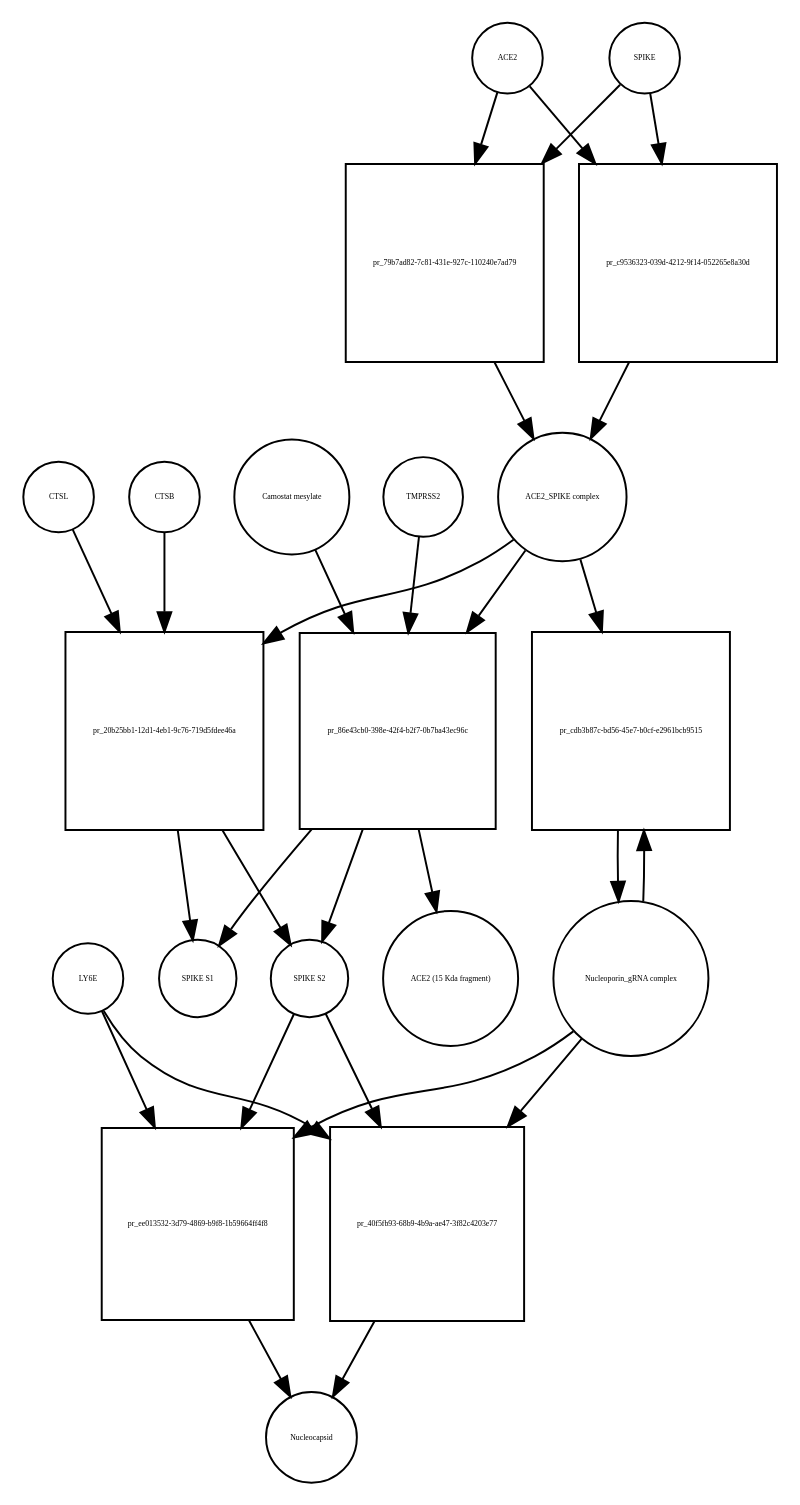
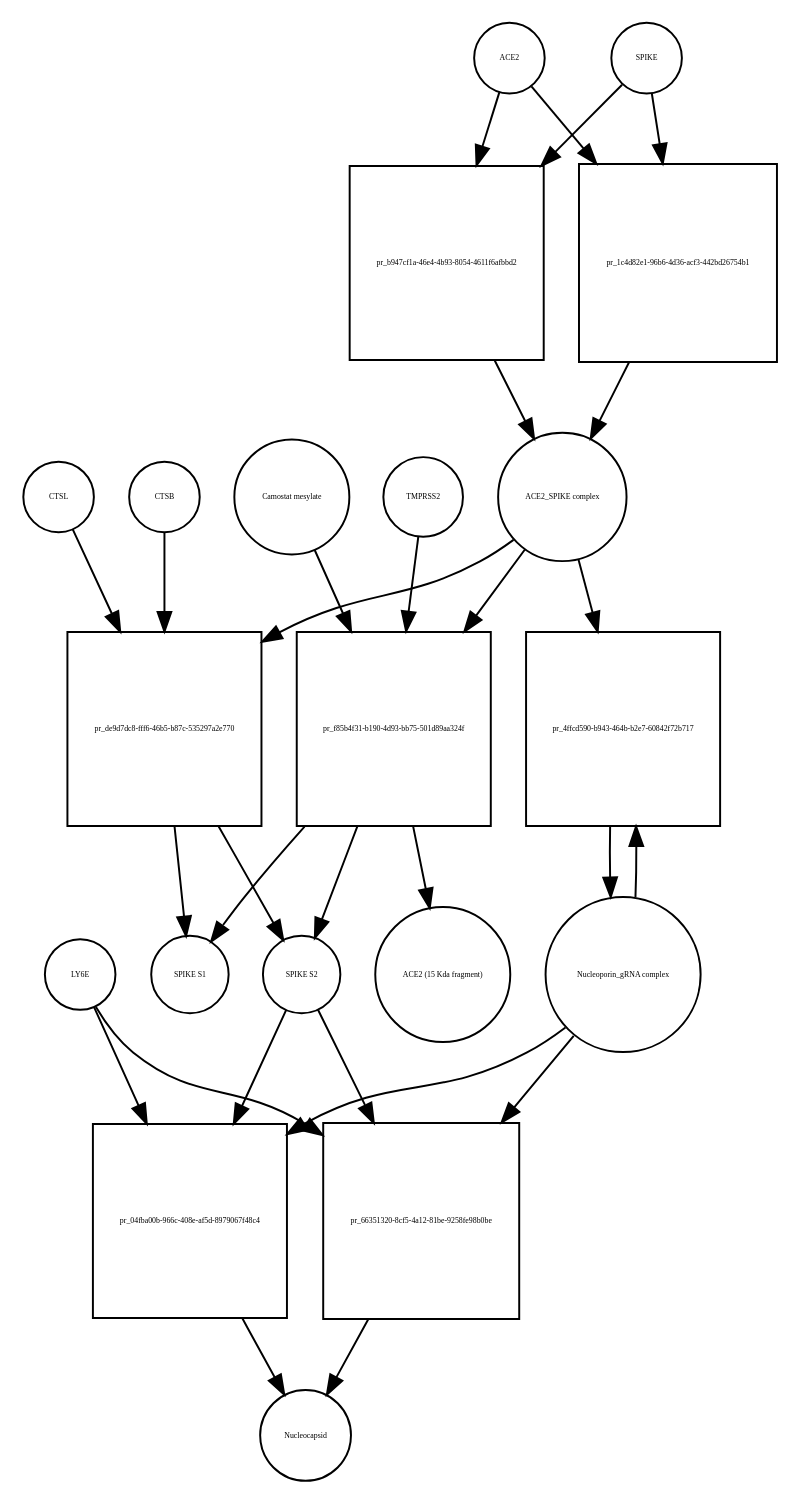
The diagram in Virus_replication_cycle_V01.xml_bipartite.dot (cannin/covid19-sbgn), drawn with Graphviz before and after one commit. The commit also changed 572 other files, not shown here.

```diff
--- a/Virus_replication_cycle_V01.xml_bipartite.dot
+++ b/Virus_replication_cycle_V01.xml_bipartite.dot
@@ -1,50 +1,50 @@
 strict digraph  {
 ACE2 [annotation="", bipartite=0, cls=macromolecule, fontsize=4, label=ACE2, shape=circle];
-"pr_79b7ad82-7c81-431e-927c-110240e7ad79" [annotation="", bipartite=1, cls=process, fontsize=4, label="pr_79b7ad82-7c81-431e-927c-110240e7ad79", shape=square];
+"pr_b947cf1a-46e4-4b93-8054-4611f6afbbd2" [annotation="", bipartite=1, cls=process, fontsize=4, label="pr_b947cf1a-46e4-4b93-8054-4611f6afbbd2", shape=square];
 "ACE2_SPIKE complex" [annotation="", bipartite=0, cls=complex, fontsize=4, label="ACE2_SPIKE complex", shape=circle];
 SPIKE [annotation="", bipartite=0, cls="macromolecule multimer", fontsize=4, label=SPIKE, shape=circle];
 "Nucleoporin_gRNA complex " [annotation="", bipartite=0, cls=complex, fontsize=4, label="Nucleoporin_gRNA complex ", shape=circle];
-"pr_cdb3b87c-bd56-45e7-b0cf-e2961bcb9515" [annotation="", bipartite=1, cls=process, fontsize=4, label="pr_cdb3b87c-bd56-45e7-b0cf-e2961bcb9515", shape=square];
-"pr_20b25bb1-12d1-4eb1-9c76-719d5fdee46a" [annotation="", bipartite=1, cls=process, fontsize=4, label="pr_20b25bb1-12d1-4eb1-9c76-719d5fdee46a", shape=square];
+"pr_4ffcd590-b943-464b-b2e7-60842f72b717" [annotation="", bipartite=1, cls=process, fontsize=4, label="pr_4ffcd590-b943-464b-b2e7-60842f72b717", shape=square];
+"pr_de9d7dc8-fff6-46b5-b87c-535297a2e770" [annotation="", bipartite=1, cls=process, fontsize=4, label="pr_de9d7dc8-fff6-46b5-b87c-535297a2e770", shape=square];
 "SPIKE S2" [annotation="", bipartite=0, cls=macromolecule, fontsize=4, label="SPIKE S2", shape=circle];
 CTSB [annotation="", bipartite=0, cls=macromolecule, fontsize=4, label=CTSB, shape=circle];
 CTSL [annotation="", bipartite=0, cls=macromolecule, fontsize=4, label=CTSL, shape=circle];
 "SPIKE S1" [annotation="", bipartite=0, cls=macromolecule, fontsize=4, label="SPIKE S1", shape=circle];
-"pr_ee013532-3d79-4869-b9f8-1b59664ff4f8" [annotation="", bipartite=1, cls=process, fontsize=4, label="pr_ee013532-3d79-4869-b9f8-1b59664ff4f8", shape=square];
+"pr_04fba00b-966c-408e-af5d-8979067f48c4" [annotation="", bipartite=1, cls=process, fontsize=4, label="pr_04fba00b-966c-408e-af5d-8979067f48c4", shape=square];
 Nucleocapsid [annotation="", bipartite=0, cls=complex, fontsize=4, label=Nucleocapsid, shape=circle];
 LY6E [annotation="", bipartite=0, cls=macromolecule, fontsize=4, label=LY6E, shape=circle];
-"pr_86e43cb0-398e-42f4-b2f7-0b7ba43ec96c" [annotation="", bipartite=1, cls=process, fontsize=4, label="pr_86e43cb0-398e-42f4-b2f7-0b7ba43ec96c", shape=square];
+"pr_f85b4f31-b190-4d93-bb75-501d89aa324f" [annotation="", bipartite=1, cls=process, fontsize=4, label="pr_f85b4f31-b190-4d93-bb75-501d89aa324f", shape=square];
 TMPRSS2 [annotation="", bipartite=0, cls=macromolecule, fontsize=4, label=TMPRSS2, shape=circle];
 "Camostat mesylate" [annotation="urn_miriam_pubchem.compound_2536", bipartite=0, cls="simple chemical", fontsize=4, label="Camostat mesylate", shape=circle];
 "ACE2 (15 Kda fragment)" [annotation="", bipartite=0, cls=macromolecule, fontsize=4, label="ACE2 (15 Kda fragment)", shape=circle];
-"pr_c9536323-039d-4212-9f14-052265e8a30d" [annotation="", bipartite=1, cls=process, fontsize=4, label="pr_c9536323-039d-4212-9f14-052265e8a30d", shape=square];
-"pr_40f5fb93-68b9-4b9a-ae47-3f82c4203e77" [annotation="", bipartite=1, cls=process, fontsize=4, label="pr_40f5fb93-68b9-4b9a-ae47-3f82c4203e77", shape=square];
-ACE2 -> "pr_79b7ad82-7c81-431e-927c-110240e7ad79"  [annotation="", interaction_type=consumption];
-ACE2 -> "pr_c9536323-039d-4212-9f14-052265e8a30d"  [annotation="", interaction_type=consumption];
-"pr_79b7ad82-7c81-431e-927c-110240e7ad79" -> "ACE2_SPIKE complex"  [annotation="", interaction_type=production];
-"ACE2_SPIKE complex" -> "pr_cdb3b87c-bd56-45e7-b0cf-e2961bcb9515"  [annotation="urn_miriam_pubmed_32142651|urn_miriam_pubmed_32094589", interaction_type=stimulation];
-"ACE2_SPIKE complex" -> "pr_20b25bb1-12d1-4eb1-9c76-719d5fdee46a"  [annotation="", interaction_type=consumption];
-"ACE2_SPIKE complex" -> "pr_86e43cb0-398e-42f4-b2f7-0b7ba43ec96c"  [annotation="", interaction_type=consumption];
-SPIKE -> "pr_79b7ad82-7c81-431e-927c-110240e7ad79"  [annotation="", interaction_type=consumption];
-SPIKE -> "pr_c9536323-039d-4212-9f14-052265e8a30d"  [annotation="", interaction_type=consumption];
-"Nucleoporin_gRNA complex " -> "pr_cdb3b87c-bd56-45e7-b0cf-e2961bcb9515"  [annotation="", interaction_type=consumption];
-"Nucleoporin_gRNA complex " -> "pr_ee013532-3d79-4869-b9f8-1b59664ff4f8"  [annotation="", interaction_type=consumption];
-"Nucleoporin_gRNA complex " -> "pr_40f5fb93-68b9-4b9a-ae47-3f82c4203e77"  [annotation="", interaction_type=consumption];
-"pr_cdb3b87c-bd56-45e7-b0cf-e2961bcb9515" -> "Nucleoporin_gRNA complex "  [annotation="", interaction_type=production];
-"pr_20b25bb1-12d1-4eb1-9c76-719d5fdee46a" -> "SPIKE S2"  [annotation="", interaction_type=production];
-"pr_20b25bb1-12d1-4eb1-9c76-719d5fdee46a" -> "SPIKE S1"  [annotation="", interaction_type=production];
-"SPIKE S2" -> "pr_ee013532-3d79-4869-b9f8-1b59664ff4f8"  [annotation="urn_miriam_doi_10.1101%2F2020.03.05.979260|urn_miriam_pubmed_32142651|urn_miriam_pubmed_32094589", interaction_type=stimulation];
-"SPIKE S2" -> "pr_40f5fb93-68b9-4b9a-ae47-3f82c4203e77"  [annotation="urn_miriam_doi_10.1101%2F2020.03.05.979260", interaction_type=stimulation];
-CTSB -> "pr_20b25bb1-12d1-4eb1-9c76-719d5fdee46a"  [annotation=urn_miriam_pubmed_32142651, interaction_type=catalysis];
-CTSL -> "pr_20b25bb1-12d1-4eb1-9c76-719d5fdee46a"  [annotation=urn_miriam_pubmed_32142651, interaction_type=catalysis];
-"pr_ee013532-3d79-4869-b9f8-1b59664ff4f8" -> Nucleocapsid  [annotation="", interaction_type=production];
-LY6E -> "pr_ee013532-3d79-4869-b9f8-1b59664ff4f8"  [annotation="urn_miriam_doi_10.1101%2F2020.03.05.979260|urn_miriam_pubmed_32142651|urn_miriam_pubmed_32094589", interaction_type=inhibition];
-LY6E -> "pr_40f5fb93-68b9-4b9a-ae47-3f82c4203e77"  [annotation="urn_miriam_doi_10.1101%2F2020.03.05.979260", interaction_type=inhibition];
-"pr_86e43cb0-398e-42f4-b2f7-0b7ba43ec96c" -> "SPIKE S2"  [annotation="", interaction_type=production];
-"pr_86e43cb0-398e-42f4-b2f7-0b7ba43ec96c" -> "SPIKE S1"  [annotation="", interaction_type=production];
-"pr_86e43cb0-398e-42f4-b2f7-0b7ba43ec96c" -> "ACE2 (15 Kda fragment)"  [annotation="", interaction_type=production];
-TMPRSS2 -> "pr_86e43cb0-398e-42f4-b2f7-0b7ba43ec96c"  [annotation="urn_miriam_pubmed_32142651|urn_miriam_pubmed_32094589|urn_miriam_pubmed_24227843", interaction_type=catalysis];
-"Camostat mesylate" -> "pr_86e43cb0-398e-42f4-b2f7-0b7ba43ec96c"  [annotation="urn_miriam_pubmed_32142651|urn_miriam_pubmed_32094589|urn_miriam_pubmed_24227843", interaction_type=inhibition];
-"pr_c9536323-039d-4212-9f14-052265e8a30d" -> "ACE2_SPIKE complex"  [annotation="", interaction_type=production];
-"pr_40f5fb93-68b9-4b9a-ae47-3f82c4203e77" -> Nucleocapsid  [annotation="", interaction_type=production];
+"pr_1c4d82e1-96b6-4d36-acf3-442bd26754b1" [annotation="", bipartite=1, cls=process, fontsize=4, label="pr_1c4d82e1-96b6-4d36-acf3-442bd26754b1", shape=square];
+"pr_66351320-8cf5-4a12-81be-9258fe98b0be" [annotation="", bipartite=1, cls=process, fontsize=4, label="pr_66351320-8cf5-4a12-81be-9258fe98b0be", shape=square];
+ACE2 -> "pr_b947cf1a-46e4-4b93-8054-4611f6afbbd2"  [annotation="", interaction_type=consumption];
+ACE2 -> "pr_1c4d82e1-96b6-4d36-acf3-442bd26754b1"  [annotation="", interaction_type=consumption];
+"pr_b947cf1a-46e4-4b93-8054-4611f6afbbd2" -> "ACE2_SPIKE complex"  [annotation="", interaction_type=production];
+"ACE2_SPIKE complex" -> "pr_4ffcd590-b943-464b-b2e7-60842f72b717"  [annotation="urn_miriam_pubmed_32142651|urn_miriam_pubmed_32094589", interaction_type=stimulation];
+"ACE2_SPIKE complex" -> "pr_de9d7dc8-fff6-46b5-b87c-535297a2e770"  [annotation="", interaction_type=consumption];
+"ACE2_SPIKE complex" -> "pr_f85b4f31-b190-4d93-bb75-501d89aa324f"  [annotation="", interaction_type=consumption];
+SPIKE -> "pr_b947cf1a-46e4-4b93-8054-4611f6afbbd2"  [annotation="", interaction_type=consumption];
+SPIKE -> "pr_1c4d82e1-96b6-4d36-acf3-442bd26754b1"  [annotation="", interaction_type=consumption];
+"Nucleoporin_gRNA complex " -> "pr_4ffcd590-b943-464b-b2e7-60842f72b717"  [annotation="", interaction_type=consumption];
+"Nucleoporin_gRNA complex " -> "pr_04fba00b-966c-408e-af5d-8979067f48c4"  [annotation="", interaction_type=consumption];
+"Nucleoporin_gRNA complex " -> "pr_66351320-8cf5-4a12-81be-9258fe98b0be"  [annotation="", interaction_type=consumption];
+"pr_4ffcd590-b943-464b-b2e7-60842f72b717" -> "Nucleoporin_gRNA complex "  [annotation="", interaction_type=production];
+"pr_de9d7dc8-fff6-46b5-b87c-535297a2e770" -> "SPIKE S2"  [annotation="", interaction_type=production];
+"pr_de9d7dc8-fff6-46b5-b87c-535297a2e770" -> "SPIKE S1"  [annotation="", interaction_type=production];
+"SPIKE S2" -> "pr_04fba00b-966c-408e-af5d-8979067f48c4"  [annotation="urn_miriam_doi_10.1101%2F2020.03.05.979260|urn_miriam_pubmed_32142651|urn_miriam_pubmed_32094589", interaction_type=stimulation];
+"SPIKE S2" -> "pr_66351320-8cf5-4a12-81be-9258fe98b0be"  [annotation="urn_miriam_doi_10.1101%2F2020.03.05.979260", interaction_type=stimulation];
+CTSB -> "pr_de9d7dc8-fff6-46b5-b87c-535297a2e770"  [annotation=urn_miriam_pubmed_32142651, interaction_type=catalysis];
+CTSL -> "pr_de9d7dc8-fff6-46b5-b87c-535297a2e770"  [annotation=urn_miriam_pubmed_32142651, interaction_type=catalysis];
+"pr_04fba00b-966c-408e-af5d-8979067f48c4" -> Nucleocapsid  [annotation="", interaction_type=production];
+LY6E -> "pr_04fba00b-966c-408e-af5d-8979067f48c4"  [annotation="urn_miriam_doi_10.1101%2F2020.03.05.979260|urn_miriam_pubmed_32142651|urn_miriam_pubmed_32094589", interaction_type=inhibition];
+LY6E -> "pr_66351320-8cf5-4a12-81be-9258fe98b0be"  [annotation="urn_miriam_doi_10.1101%2F2020.03.05.979260", interaction_type=inhibition];
+"pr_f85b4f31-b190-4d93-bb75-501d89aa324f" -> "SPIKE S2"  [annotation="", interaction_type=production];
+"pr_f85b4f31-b190-4d93-bb75-501d89aa324f" -> "SPIKE S1"  [annotation="", interaction_type=production];
+"pr_f85b4f31-b190-4d93-bb75-501d89aa324f" -> "ACE2 (15 Kda fragment)"  [annotation="", interaction_type=production];
+TMPRSS2 -> "pr_f85b4f31-b190-4d93-bb75-501d89aa324f"  [annotation="urn_miriam_pubmed_32142651|urn_miriam_pubmed_32094589|urn_miriam_pubmed_24227843", interaction_type=catalysis];
+"Camostat mesylate" -> "pr_f85b4f31-b190-4d93-bb75-501d89aa324f"  [annotation="urn_miriam_pubmed_32142651|urn_miriam_pubmed_32094589|urn_miriam_pubmed_24227843", interaction_type=inhibition];
+"pr_1c4d82e1-96b6-4d36-acf3-442bd26754b1" -> "ACE2_SPIKE complex"  [annotation="", interaction_type=production];
+"pr_66351320-8cf5-4a12-81be-9258fe98b0be" -> Nucleocapsid  [annotation="", interaction_type=production];
 }
```
